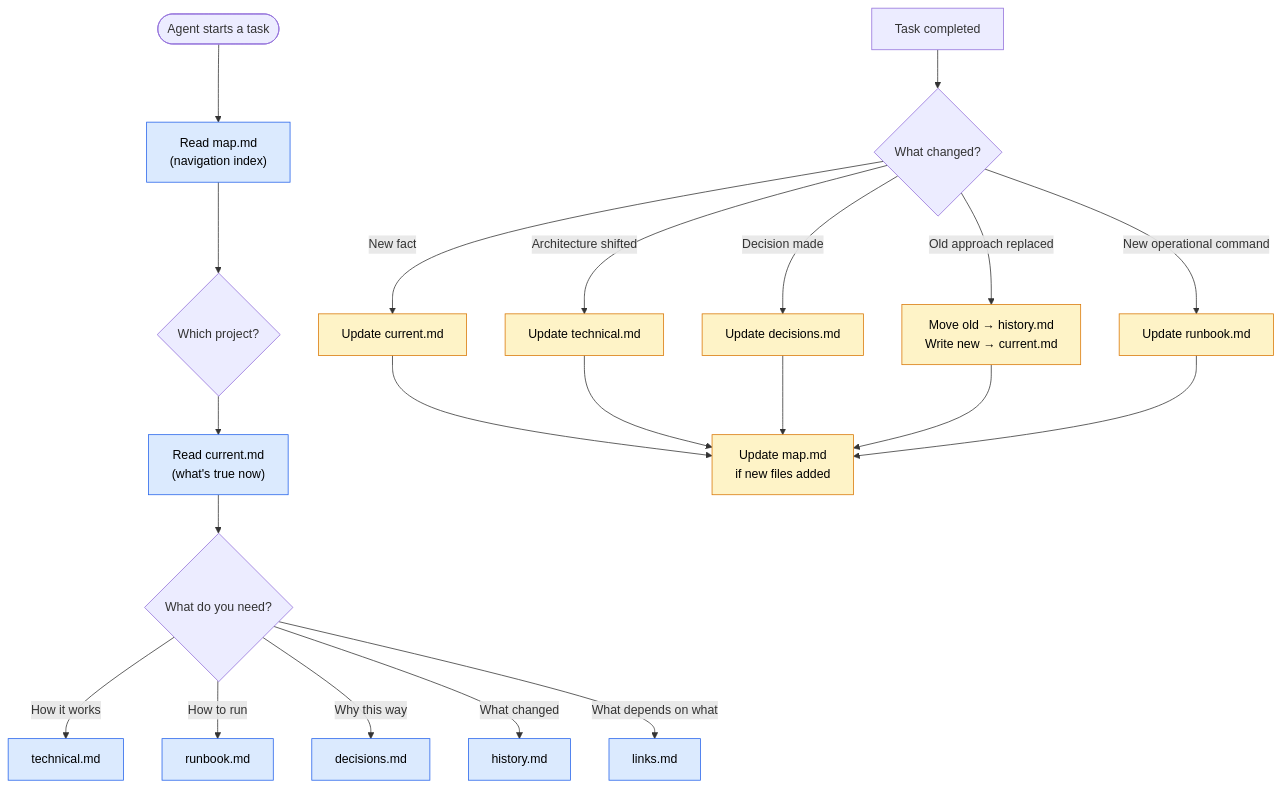
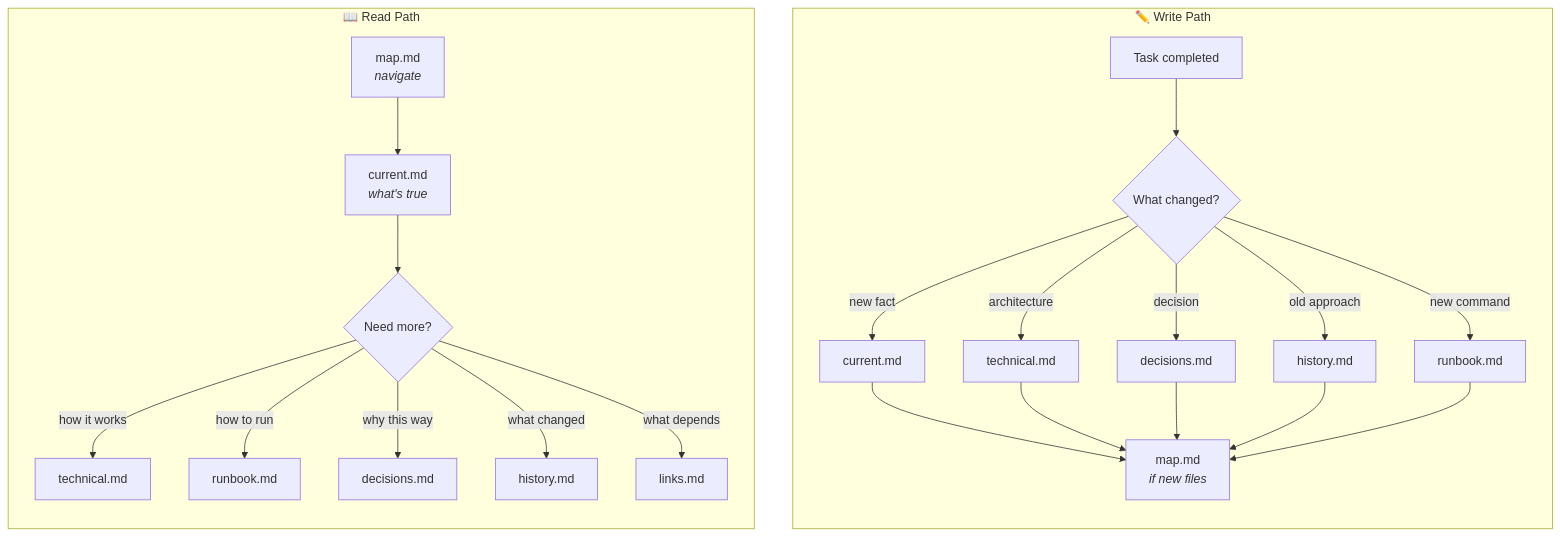
Before and after one commit to shavkunov/Second-brain: the first of 3 diagrams in README.md, drawn with Mermaid. The commit also changed other lines of this file, not shown here.

Commit message:
Redesign README: 3 Mermaid diagrams, update matrix, lifecycle flow, pitfalls table

````diff
--- a/README.md
+++ b/README.md
@@ -17,25 +55,26 @@
 ```mermaid
-flowchart TD
-    START(["Agent starts a task"]) --> MAP["Read map.md<br/>(navigation index)"]
-    MAP --> PROJECT{"Which project?"}
-    PROJECT --> CURRENT["Read current.md<br/>(what's true now)"]
-    CURRENT --> NEED{"What do you need?"}
-    NEED -->|"How it works"| TECH["technical.md"]
-    NEED -->|"How to run"| RUN["runbook.md"]
-    NEED -->|"Why this way"| DEC["decisions.md"]
-    NEED -->|"What changed"| HIST["history.md"]
-    NEED -->|"What depends on what"| LINKS["links.md"]
+flowchart LR
+    subgraph READ["📖 Read Path"]
+        direction TB
+        R1["map.md<br/><i>navigate</i>"] --> R2["current.md<br/><i>what's true</i>"]
+        R2 --> R3{"Need more?"}
+        R3 -->|how it works| R4["technical.md"]
+        R3 -->|how to run| R5["runbook.md"]
+        R3 -->|why this way| R6["decisions.md"]
+        R3 -->|what changed| R7["history.md"]
+        R3 -->|what depends| R8["links.md"]
+    end
 
-    TASK_DONE["Task completed"] --> UPDATE{"What changed?"}
-    UPDATE -->|"New fact"| W_CURRENT["Update current.md"]
-    UPDATE -->|"Architecture shifted"| W_TECH["Update technical.md"]
-    UPDATE -->|"Decision made"| W_DEC["Update decisions.md"]
-    UPDATE -->|"Old approach replaced"| W_HIST["Move old → history.md<br/>Write new → current.md"]
-    UPDATE -->|"New operational command"| W_RUN["Update runbook.md"]
-    W_CURRENT & W_TECH & W_DEC & W_HIST & W_RUN --> MAP_UPDATE["Update map.md<br/>if new files added"]
+    subgraph WRITE["✏️ Write Path"]
+        direction TB
+        W1["Task completed"] --> W2{"What changed?"}
+        W2 -->|new fact| W3["current.md"]
+        W2 -->|architecture| W4["technical.md"]
+        W2 -->|decision| W5["decisions.md"]
+        W2 -->|old approach| W6["history.md"]
+        W2 -->|new command| W7["runbook.md"]
+        W3 & W4 & W5 & W6 & W7 --> W8["map.md<br/><i>if new files</i>"]
+    end
 
-    classDef read fill:#dbeafe,stroke:#2563eb,color:#000
-    classDef write fill:#fef3c7,stroke:#d97706,color:#000
-    class MAP,CURRENT,TECH,RUN,DEC,HIST,LINKS read
-    class W_CURRENT,W_TECH,W_DEC,W_HIST,W_RUN,MAP_UPDATE write
+    READ ~~~ WRITE
 ```
````
